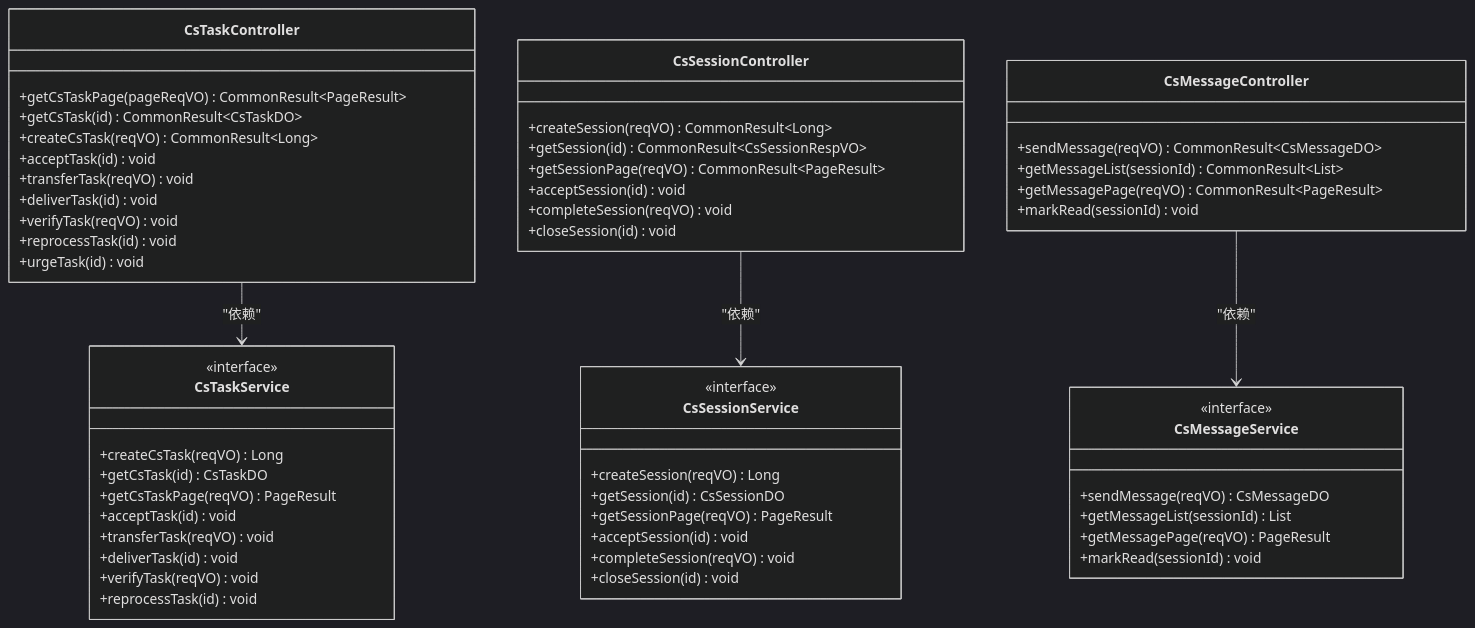
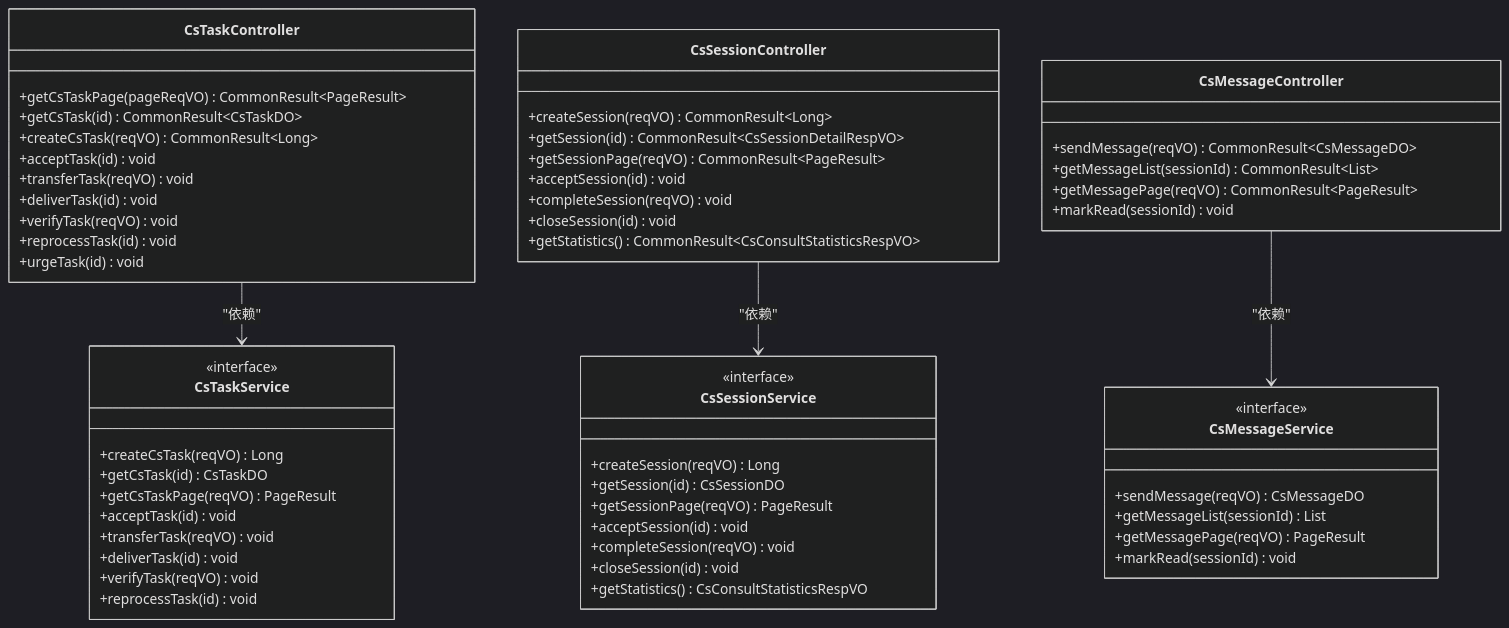
One commit to xiaoche80s-tech/rouyi-vue-pro changed the third of 22 diagrams in .qoder/repowiki/zh/content/核心模块/客户服务模块.md. Above: the diagram before and after it, drawn with Mermaid (dark theme). The commit also changed other lines of this file and 331 other files, not shown here.

````diff
--- a/.qoder/repowiki/zh/content/核心模块/客户服务模块.md
+++ b/.qoder/repowiki/zh/content/核心模块/客户服务模块.md
@@ -222,58 +276,60 @@
 ```mermaid
 classDiagram
 class CsTaskController {
 +getCsTaskPage(pageReqVO) CommonResult~PageResult~
 +getCsTask(id) CommonResult~CsTaskDO~
 +createCsTask(reqVO) CommonResult~Long~
 +acceptTask(id) void
 +transferTask(reqVO) void
 +deliverTask(id) void
 +verifyTask(reqVO) void
 +reprocessTask(id) void
 +urgeTask(id) void
 }
 class CsSessionController {
 +createSession(reqVO) CommonResult~Long~
-+getSession(id) CommonResult~CsSessionRespVO~
++getSession(id) CommonResult~CsSessionDetailRespVO~
 +getSessionPage(reqVO) CommonResult~PageResult~
 +acceptSession(id) void
 +completeSession(reqVO) void
 +closeSession(id) void
++getStatistics() CommonResult~CsConsultStatisticsRespVO~
 }
 class CsMessageController {
 +sendMessage(reqVO) CommonResult~CsMessageDO~
 +getMessageList(sessionId) CommonResult~List~
 +getMessagePage(reqVO) CommonResult~PageResult~
 +markRead(sessionId) void
 }
 class CsTaskService {
 <<interface>>
 +createCsTask(reqVO) Long
 +getCsTask(id) CsTaskDO
 +getCsTaskPage(reqVO) PageResult
 +acceptTask(id) void
 +transferTask(reqVO) void
 +deliverTask(id) void
 +verifyTask(reqVO) void
 +reprocessTask(id) void
 }
 class CsSessionService {
 <<interface>>
 +createSession(reqVO) Long
 +getSession(id) CsSessionDO
 +getSessionPage(reqVO) PageResult
 +acceptSession(id) void
 +completeSession(reqVO) void
 +closeSession(id) void
++getStatistics() CsConsultStatisticsRespVO
 }
 class CsMessageService {
 <<interface>>
 +sendMessage(reqVO) CsMessageDO
 +getMessageList(sessionId) List
 +getMessagePage(reqVO) PageResult
 +markRead(sessionId) void
 }
 CsTaskController --> CsTaskService : "依赖"
 CsSessionController --> CsSessionService : "依赖"
 CsMessageController --> CsMessageService : "依赖"
 ```
````
